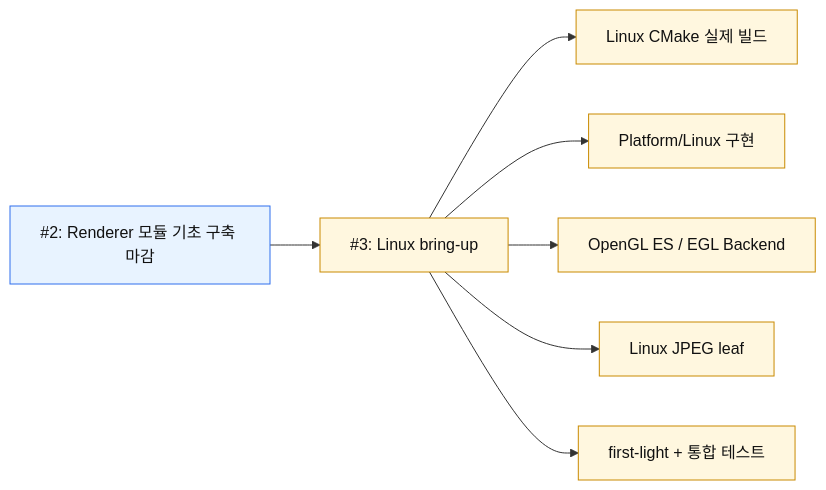
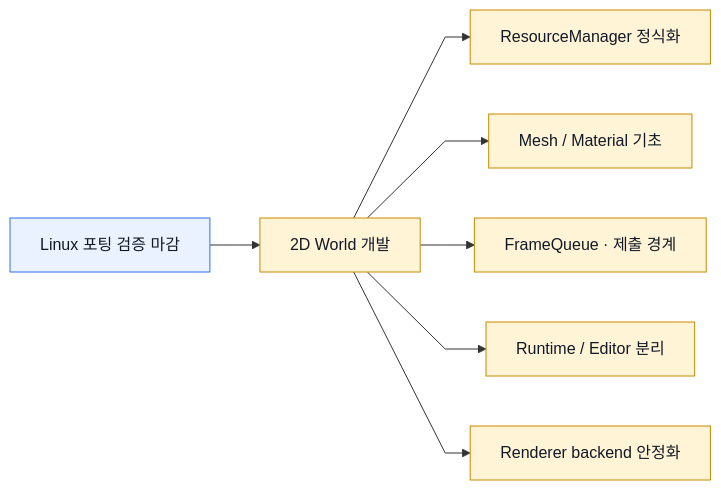
One commit to cyphen156/CyphenEngine changed the fourth of 4 diagrams in Docs/Architecture.md. Above: the diagram before and after it, drawn with Mermaid. The commit also changed other lines of this file and 5 other files, not shown here.

````diff
--- a/Docs/Architecture.md
+++ b/Docs/Architecture.md
@@ -171,14 +121,15 @@
 ```mermaid
+%%{init: {'flowchart': {'curve': 'linear'}}}%%
 flowchart LR
-	Close2["#2: Renderer 모듈 기초 구축 마감"] --> Start3["#3: Linux bring-up"]
-	Start3 --> Build["Linux CMake 실제 빌드"]
-	Start3 --> PlatformLinux["Platform/Linux 구현"]
-	Start3 --> BackendLinux["OpenGL ES / EGL Backend"]
-	Start3 --> DecodeLinux["Linux JPEG leaf"]
-	Start3 --> Integration["first-light + 통합 테스트"]
+    Close3["Linux 포팅 검증 마감"] --> Start4["2D World 개발"]
+    Start4 --> ResourceManager["ResourceManager 정식화"]
+    Start4 --> MeshMaterial["Mesh / Material 기초"]
+    Start4 --> FrameQueue["FrameQueue · 제출 경계"]
+    Start4 --> RuntimeEditor["Runtime / Editor 분리"]
+    Start4 --> RendererStable["Renderer backend 안정화"]
 
-	classDef done fill:#e8f3ff,stroke:#2f6fed,color:#111;
-	classDef next fill:#fff7df,stroke:#c98a00,color:#111;
-	class Close2 done;
-	class Start3,Build,PlatformLinux,BackendLinux,DecodeLinux,Integration next;
+    classDef done fill:#eaf2ff,stroke:#2f6fed,color:#111827;
+    classDef next fill:#fff4d6,stroke:#c98a00,color:#111827;
+    class Close3 done;
+    class Start4,ResourceManager,MeshMaterial,FrameQueue,RuntimeEditor,RendererStable next;
 ```
````
